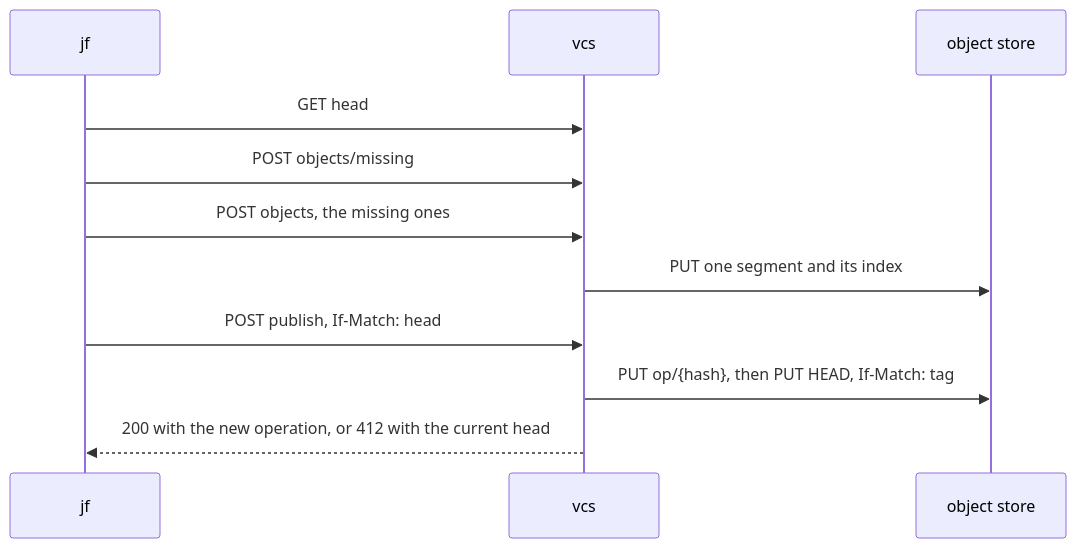
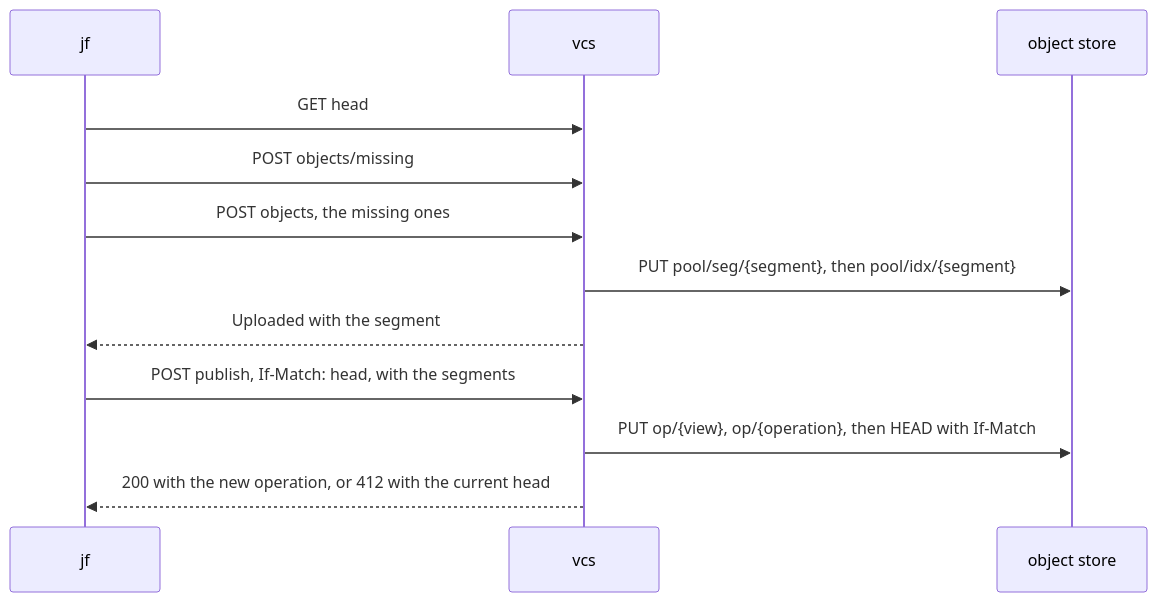
The diagram in shared/docs/specs/29-push-and-clone.md (nca-apprentices/jjforge), drawn with Mermaid before and after one commit. The commit also changed other lines of this file and 65 other files, not shown here.

````diff
--- a/shared/docs/specs/29-push-and-clone.md
+++ b/shared/docs/specs/29-push-and-clone.md
@@ -249,14 +251,15 @@
 ```mermaid
 sequenceDiagram
     participant jf
     participant vcs
     participant store as object store
 
     jf->>vcs: GET head
     jf->>vcs: POST objects/missing
     jf->>vcs: POST objects, the missing ones
-    vcs->>store: PUT one segment and its index
-    jf->>vcs: POST publish, If-Match: head
-    vcs->>store: PUT op/{hash}, then PUT HEAD, If-Match: tag
+    vcs->>store: PUT pool/seg/{segment}, then pool/idx/{segment}
+    vcs-->>jf: Uploaded with the segment
+    jf->>vcs: POST publish, If-Match: head, with the segments
+    vcs->>store: PUT op/{view}, op/{operation}, then HEAD with If-Match
     vcs-->>jf: 200 with the new operation, or 412 with the current head
 ```
````
